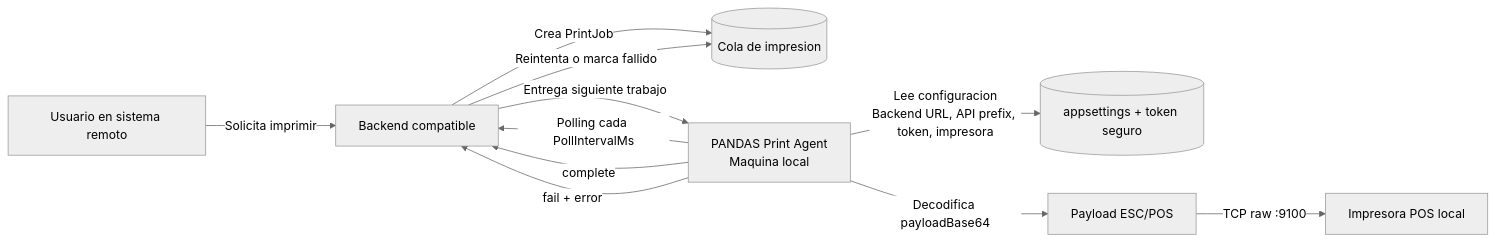
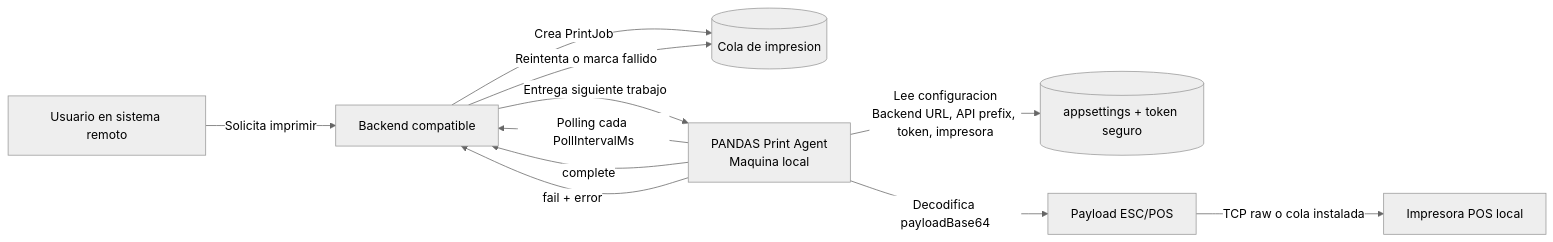
The first of 3 diagrams in docs.md (Seventty/pandas-print-agent), drawn with Mermaid (neutral theme) before and after one commit. The commit also changed other lines of this file and 18 other files, not shown here.

````diff
--- a/docs.md
+++ b/docs.md
@@ -52,15 +52,15 @@
 ```mermaid
 flowchart LR
     User[Usuario en sistema remoto] -->|Solicita imprimir| Backend[Backend compatible]
     Backend -->|Crea PrintJob| Queue[(Cola de impresion)]
 
     Agent[PANDAS Print Agent<br/>Maquina local] -->|Lee configuracion<br/>Backend URL, API prefix, token, impresora| Config[(appsettings + token seguro)]
     Agent -->|Polling cada PollIntervalMs| Backend
     Backend -->|Entrega siguiente trabajo| Agent
     Agent -->|Decodifica payloadBase64| Payload[Payload ESC/POS]
-    Payload -->|TCP raw :9100| Printer[Impresora POS local]
+    Payload -->|TCP raw o cola instalada| Printer[Impresora POS local]
 
     Agent -->|complete| Backend
     Agent -->|fail + error| Backend
     Backend -->|Reintenta o marca fallido| Queue
 ```
````
